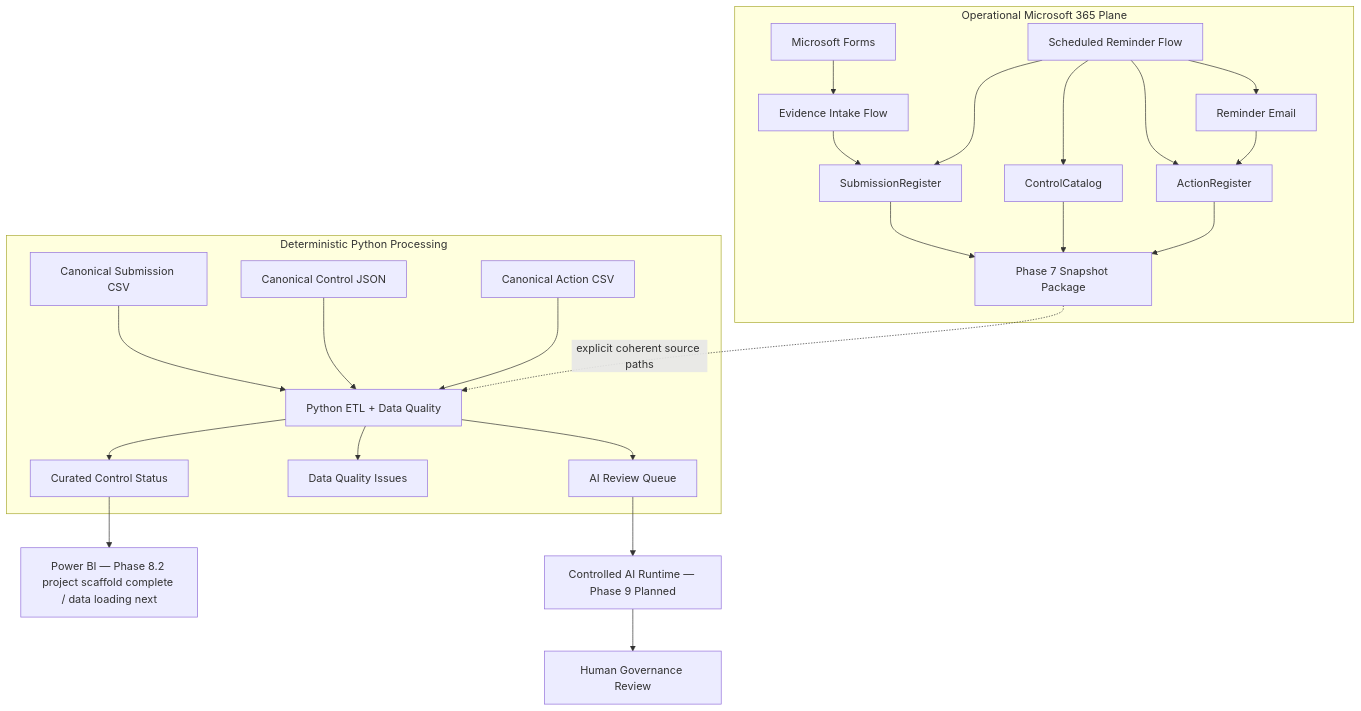
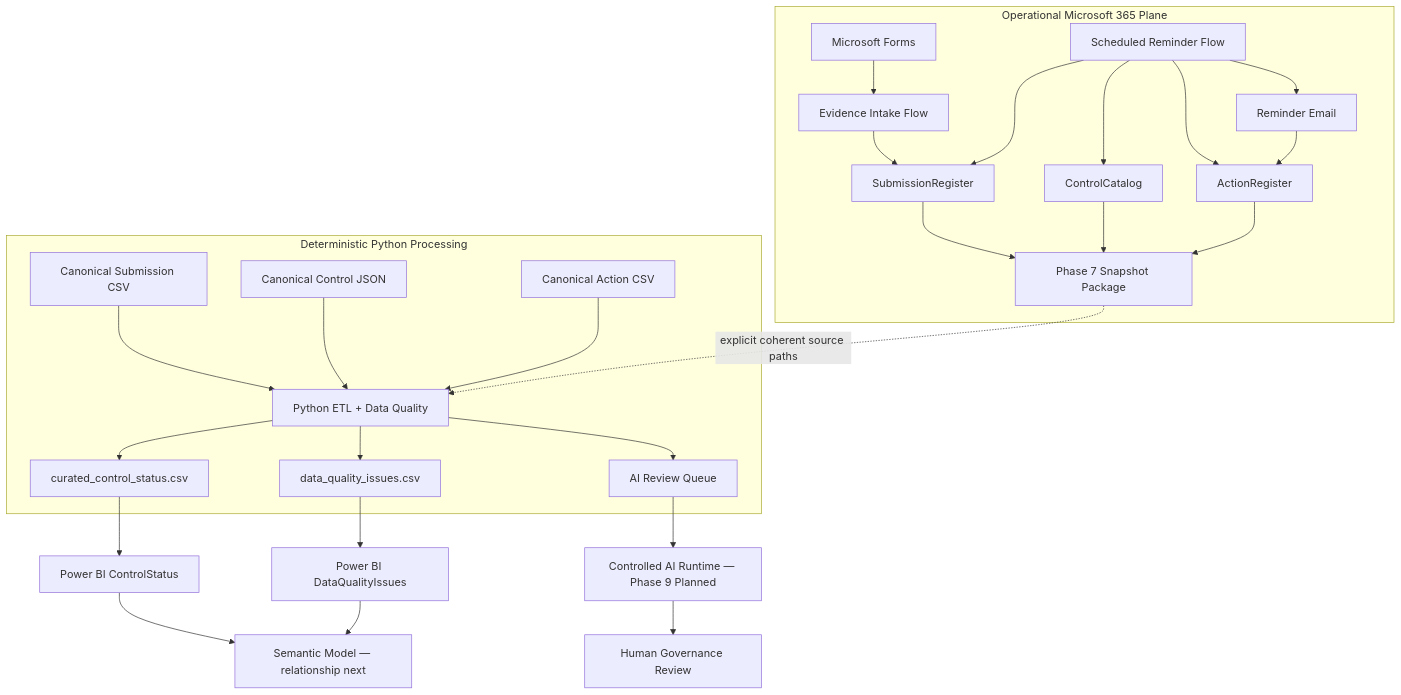
The diagram in README.md (gw-ai-security/cyber-governance-automation-lab), drawn with Mermaid before and after one commit. The commit also changed other lines of this file, not shown here.

Commit message:
docs: align README with Phase 8.3

````diff
--- a/README.md
+++ b/README.md
@@ -125,29 +77,32 @@
 ```mermaid
 flowchart TD
     subgraph OP[Operational Microsoft 365 Plane]
         A[Microsoft Forms] --> B[Evidence Intake Flow]
         B --> C[SubmissionRegister]
         D[Scheduled Reminder Flow] --> C
         D --> E[ControlCatalog]
         D --> F[ActionRegister]
         D --> G[Reminder Email]
         G --> F
         C --> S[Phase 7 Snapshot Package]
         E --> S
         F --> S
     end
 
     subgraph PY[Deterministic Python Processing]
         H[Canonical Submission CSV] --> K[Python ETL + Data Quality]
         I[Canonical Control JSON] --> K
         J[Canonical Action CSV] --> K
         S -. explicit coherent source paths .-> K
-        K --> L[Curated Control Status]
-        K --> M[Data Quality Issues]
+        K --> L[curated_control_status.csv]
+        K --> M[data_quality_issues.csv]
         K --> N[AI Review Queue]
     end
 
-    L --> P[Power BI — Phase 8.2 project scaffold complete / data loading next]
+    L --> P[Power BI ControlStatus]
+    M --> O[Power BI DataQualityIssues]
+    P --> R[Semantic Model — relationship next]
+    O --> R
     N --> Q[Controlled AI Runtime — Phase 9 Planned]
-    Q --> R[Human Governance Review]
+    Q --> T[Human Governance Review]
 ```
````
